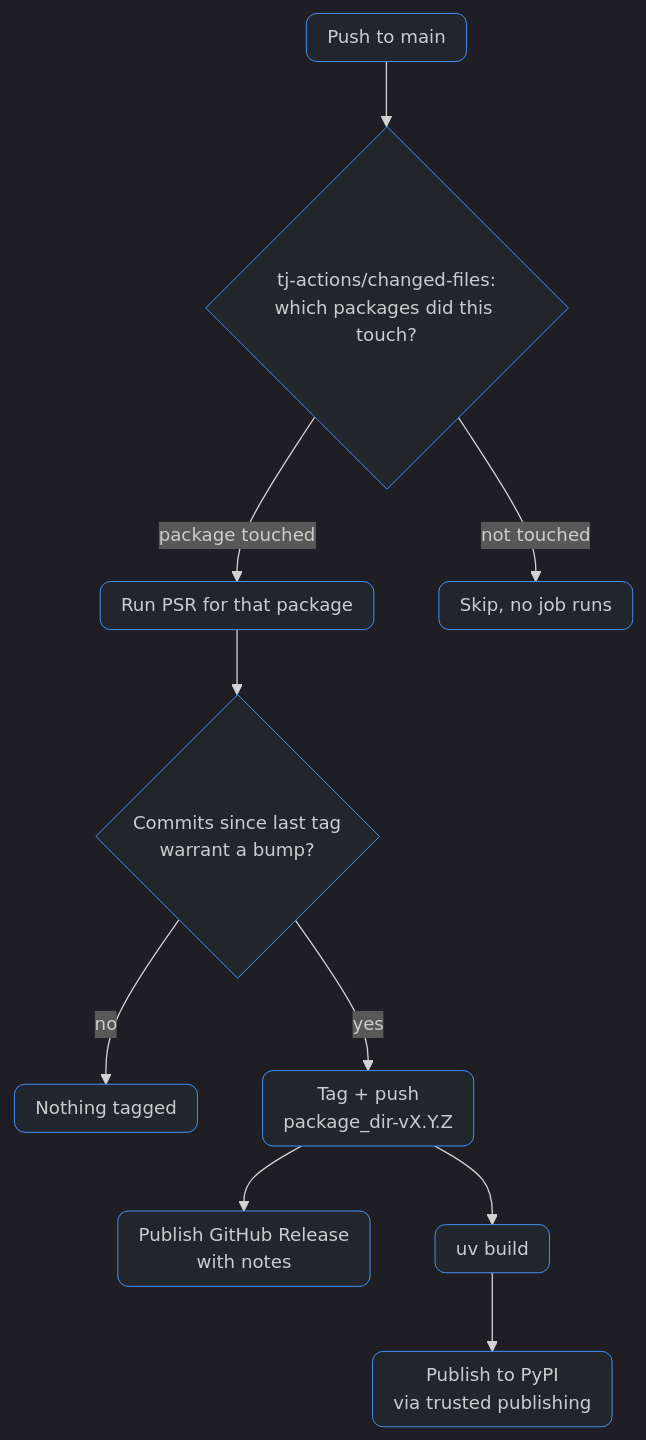
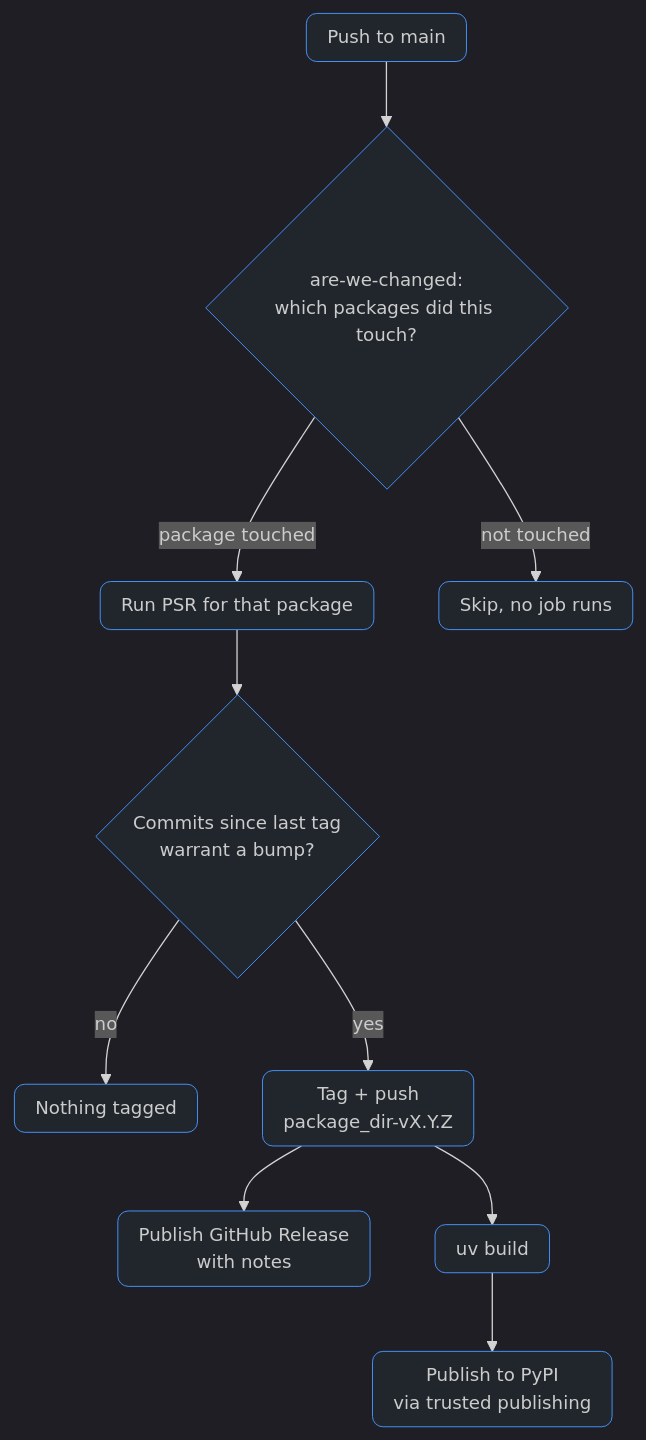
The diagram in PACKAGE_VERSIONING.md (OvertureMaps/overture-core), drawn with Mermaid before and after one commit. The commit also changed other lines of this file and 2 other files, not shown here.

Commit message:
chore: replace tj-actions/changed-files with are-we-changed (#158)
Fixes OvertureMaps/overture-core#157

Swaps both `tj-actions/changed-files` steps (discover-packages.yml,
sql_engines.yml) and the PACKAGE_VERSIONING.md references for
`lowlysre/are-we-changed` v0.1.0. Inputs and outputs unchanged; both
checkouts already use `fetch-depth: 0`.

````diff
--- a/PACKAGE_VERSIONING.md
+++ b/PACKAGE_VERSIONING.md
@@ -33,14 +33,14 @@
 ```mermaid
 %%{init: {"theme": "dark", "flowchart": {"padding": 8}, "themeVariables": {"fontFamily": "-apple-system, BlinkMacSystemFont, \"Segoe UI\", Helvetica, Arial, sans-serif", "fontSize": "14px", "mainBkg": "#21262d", "nodeBorder": "#4493f8"}}}%%
 flowchart TD
     classDef default rx:8,ry:8,stroke-width:0.75px
-    A[Push to main] --> B{tj-actions/changed-files:<br/>which packages did this touch?}
+    A[Push to main] --> B{are-we-changed:<br/>which packages did this touch?}
     B -->|package touched| C[Run PSR for that package]
     B -->|not touched| Z[Skip, no job runs]
     C --> D{Commits since last tag<br/>warrant a bump?}
     D -->|no| E[Nothing tagged]
     D -->|yes| F[Tag + push<br/>package_dir-vX.Y.Z]
     F --> G[Publish GitHub Release<br/>with notes]
     F --> H[uv build]
     H --> I[Publish to PyPI<br/>via trusted publishing]
 ```
````
